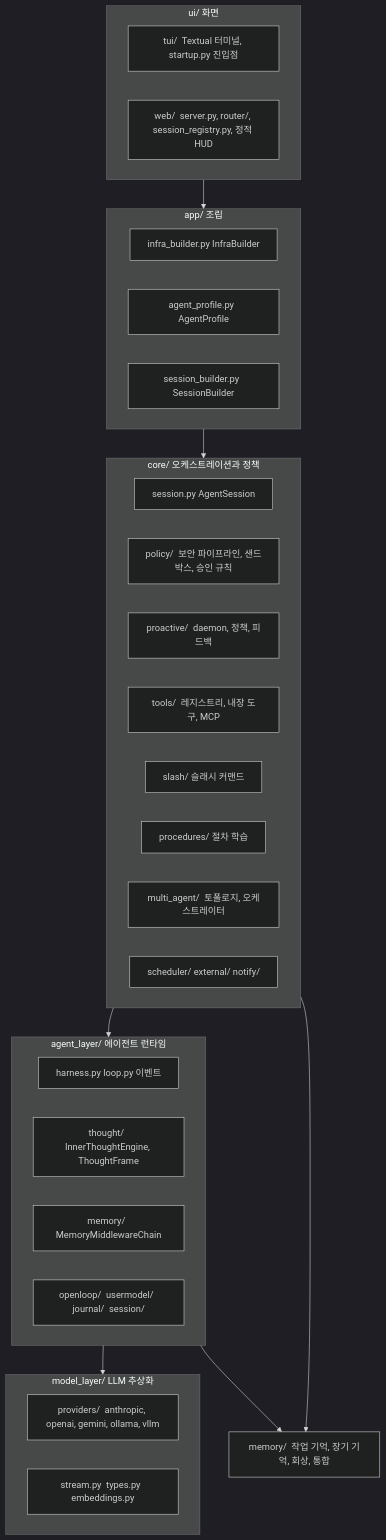
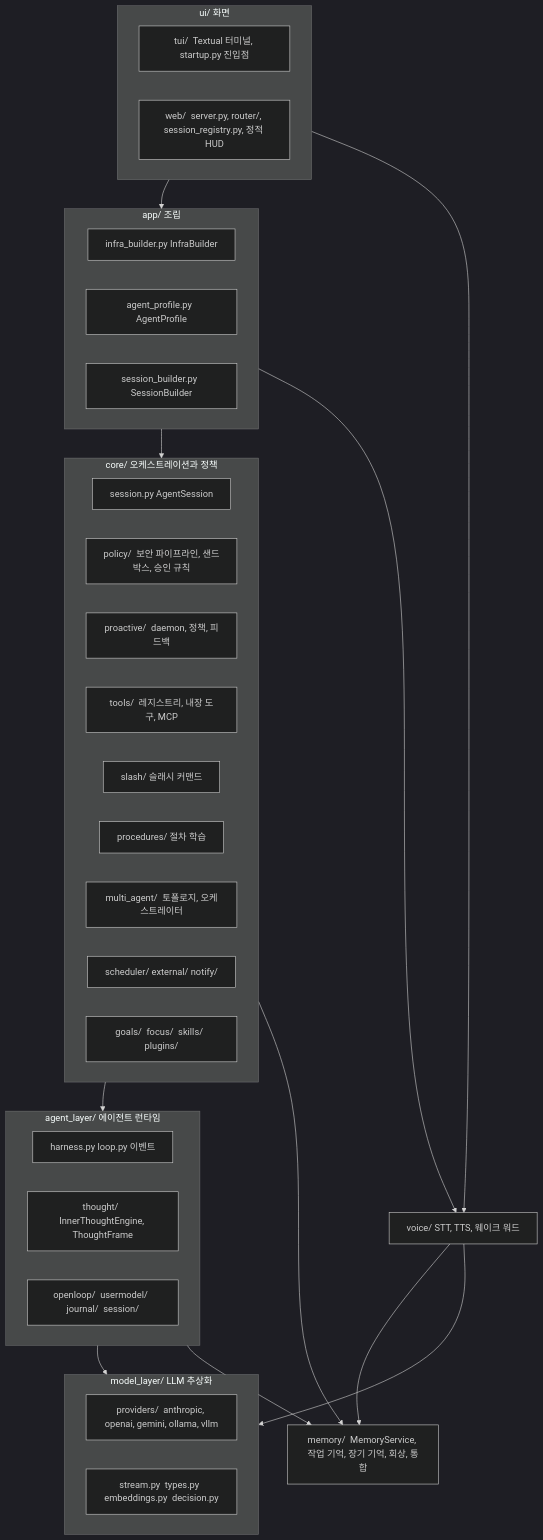
One commit to ash-hun/jarvis-agent changed the first of 3 diagrams in website/docs/concepts/architecture/index.md. Above: the diagram before and after it, drawn with Mermaid (dark theme). The commit also changed other lines of this file and 30 other files, not shown here.

First line of the commit message:
Docs: 기능별 그림 13장과 캡션, mermaid 를 지금 코드에 맞춰, 사라진 메모리 미들웨어와 ThoughtFrame 약속 필드를 지우고 이후 추가된 경로를 그린다 (#179)

````diff
--- a/website/docs/concepts/architecture/index.md
+++ b/website/docs/concepts/architecture/index.md
@@ -21,36 +21,41 @@
 ```mermaid
 flowchart TB
   subgraph UI["ui/  화면"]
     TUI["tui/  Textual 터미널, startup.py 진입점"]
     WEB["web/  server.py, router/, session_registry.py, 정적 HUD"]
   end
   subgraph APP["app/  조립"]
     INFRA["infra_builder.py  InfraBuilder"]
     PROFILE["agent_profile.py  AgentProfile"]
     SB["session_builder.py  SessionBuilder"]
   end
   subgraph CORE["core/  오케스트레이션과 정책"]
     SESSION["session.py  AgentSession"]
     POLICY["policy/  보안 파이프라인, 샌드박스, 승인 규칙"]
     PROACTIVE["proactive/  daemon, 정책, 피드백"]
     TOOLS["tools/  레지스트리, 내장 도구, MCP"]
     SLASH["slash/  슬래시 커맨드"]
     PROC["procedures/  절차 학습"]
     MULTI["multi_agent/  토폴로지, 오케스트레이터"]
     SCHED["scheduler/  external/  notify/"]
+    GOALS["goals/  focus/  skills/  plugins/"]
   end
   subgraph AGENT["agent_layer/  에이전트 런타임"]
     HARNESS["harness.py  loop.py  이벤트"]
     THOUGHT["thought/  InnerThoughtEngine, ThoughtFrame"]
-    MEMCHAIN["memory/  MemoryMiddlewareChain"]
     OPENLOOP["openloop/  usermodel/  journal/  session/"]
   end
   subgraph MODEL["model_layer/  LLM 추상화"]
     PROVIDERS["providers/  anthropic, openai, gemini, ollama, vllm"]
-    STREAM["stream.py  types.py  embeddings.py"]
+    STREAM["stream.py  types.py  embeddings.py  decision.py"]
   end
-  MEMORY["memory/  작업 기억, 장기 기억, 회상, 통합"]
+  MEMORY["memory/  MemoryService, 작업 기억, 장기 기억, 회상, 통합"]
+  VOICE["voice/  STT, TTS, 웨이크 워드"]
   UI --> APP --> CORE --> AGENT --> MODEL
   AGENT --> MEMORY
   CORE --> MEMORY
+  UI --> VOICE
+  APP --> VOICE
+  VOICE --> MODEL
+  VOICE --> MEMORY
 ```
````
